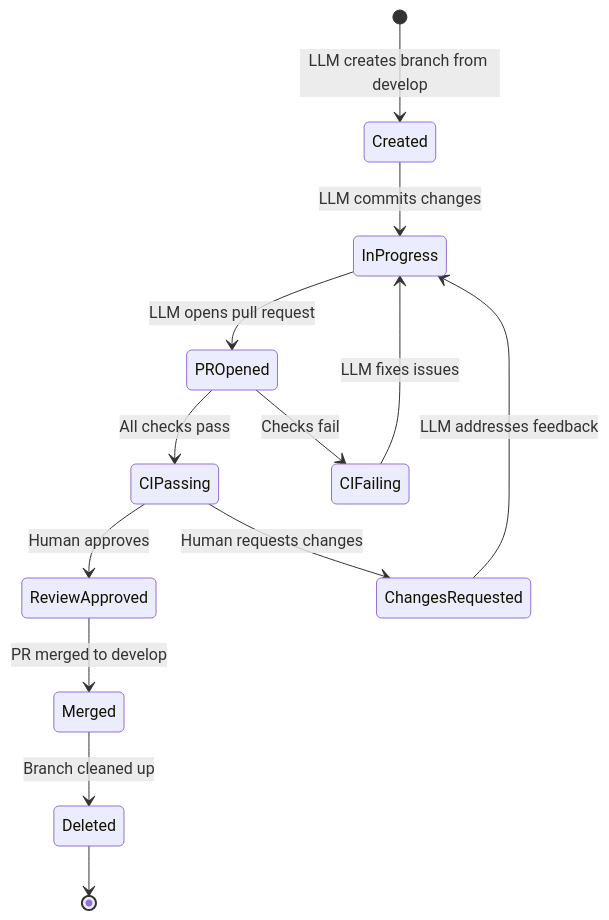
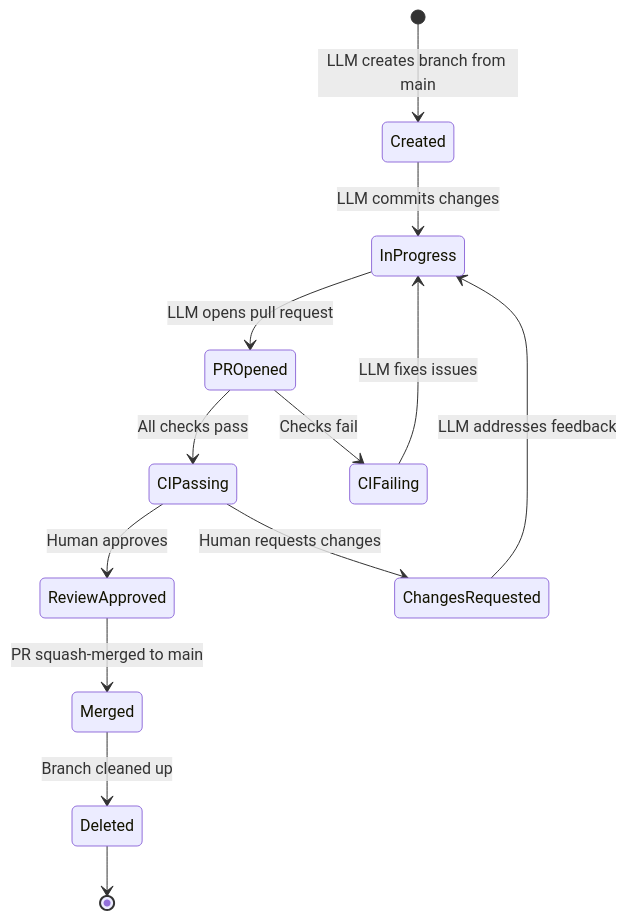
One commit to thermiteau/maverick changed the second of 2 diagrams in docs/git-workflow.md. Above: the diagram before and after it, drawn with Mermaid. The commit also changed other lines of this file and 72 other files, not shown here.

````diff
--- a/docs/git-workflow.md
+++ b/docs/git-workflow.md
@@ -164,15 +164,15 @@
 ```mermaid
 stateDiagram-v2
-    [*] --> Created: LLM creates branch from develop
+    [*] --> Created: LLM creates branch from main
     Created --> InProgress: LLM commits changes
     InProgress --> PROpened: LLM opens pull request
     PROpened --> CIPassing: All checks pass
     PROpened --> CIFailing: Checks fail
     CIFailing --> InProgress: LLM fixes issues
     CIPassing --> ReviewApproved: Human approves
     CIPassing --> ChangesRequested: Human requests changes
     ChangesRequested --> InProgress: LLM addresses feedback
-    ReviewApproved --> Merged: PR merged to develop
+    ReviewApproved --> Merged: PR squash-merged to main
     Merged --> Deleted: Branch cleaned up
     Deleted --> [*]
 ```
````
